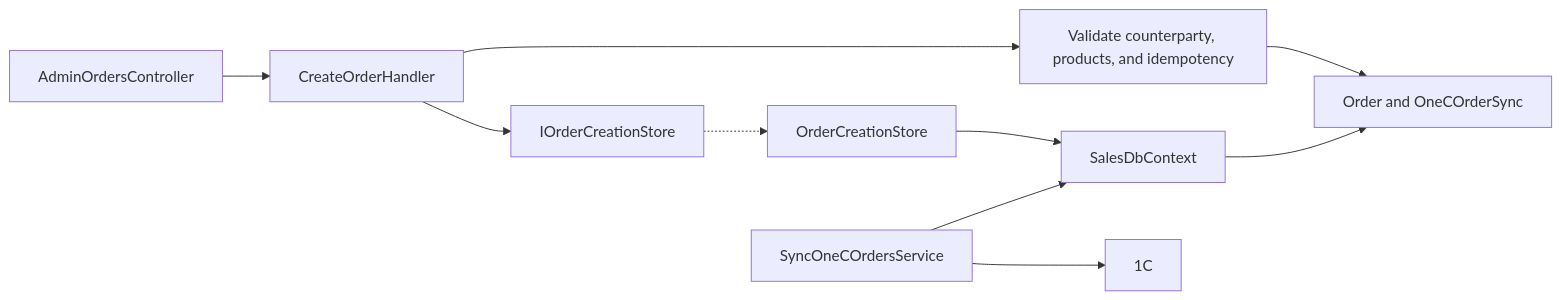
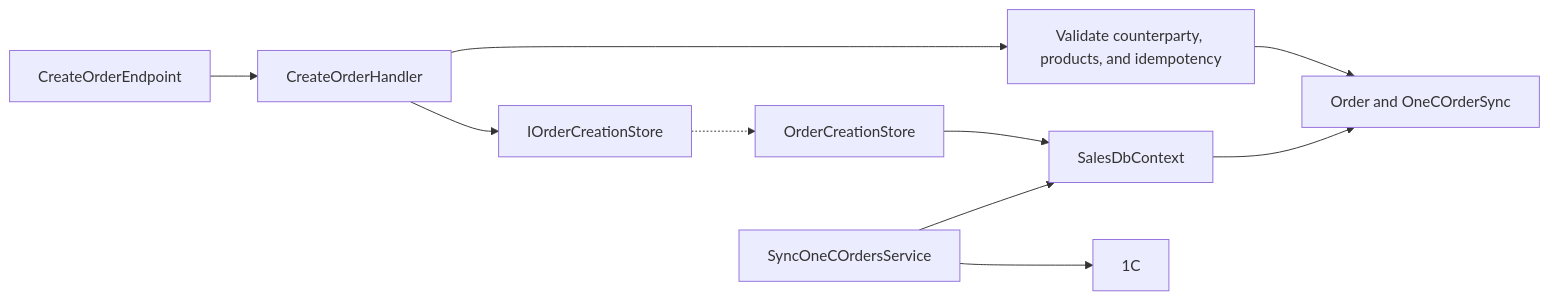
The diagram in docs/sdd/features/sales/admin-orders.md (Weretik/KedrStore), drawn with Mermaid before and after one commit. The commit also changed other lines of this file and 81 other files, not shown here.

````diff
--- a/docs/sdd/features/sales/admin-orders.md
+++ b/docs/sdd/features/sales/admin-orders.md
@@ -37,12 +37,12 @@
 ```mermaid
 flowchart LR
-    A["AdminOrdersController"] --> B["CreateOrderHandler"]
+    A["CreateOrderEndpoint"] --> B["CreateOrderHandler"]
     B --> C["Validate counterparty, products, and idempotency"]
     C --> D["Order and OneCOrderSync"]
     B --> E["IOrderCreationStore"]
     E -.-> F["OrderCreationStore"]
     F --> G["SalesDbContext"]
     G --> D
     H["SyncOneCOrdersService"] --> G
     H --> I["1C"]
 ```
````
